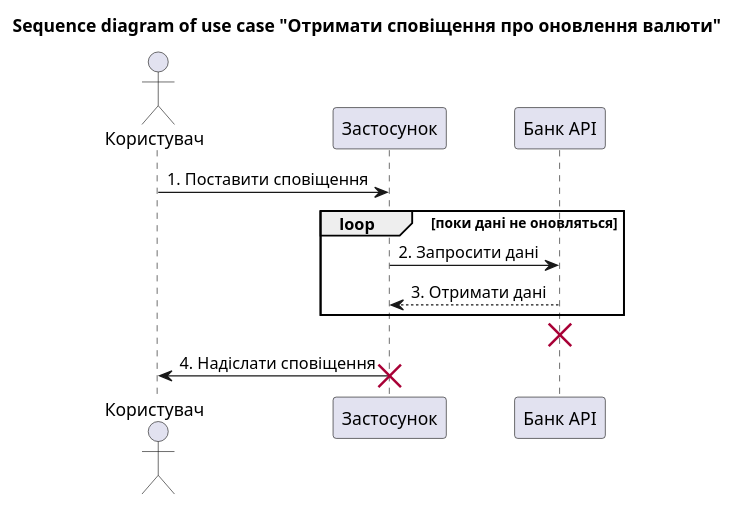
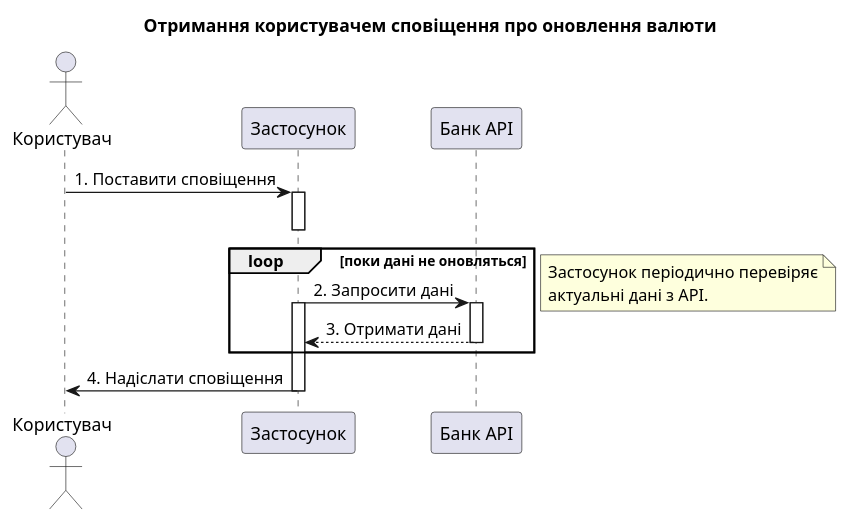
One commit to MihajloVat/KPI_labs_3_sem changed the diagram in lab3/UC_notify/notify_UC_SD.puml. Above: the diagram before and after it, drawn with PlantUML. The commit also changed 3 other files, not shown here.

```diff
--- a/lab3/UC_notify/notify_UC_SD.puml
+++ b/lab3/UC_notify/notify_UC_SD.puml
@@ -1,19 +1,31 @@
 @startuml
-title Sequence diagram of use case "Отримати сповіщення про оновлення валюти"
+title Отримання користувачем сповіщення про оновлення валюти
+
 
 actor Користувач as User
 participant "Застосунок" as App
 participant "Банк API" as API
 
 User -> App : 1. Поставити сповіщення
+activate App
+deactivate App
 
 loop поки дані не оновляться
-    App -> API : 2. Запросити дані
-    API --> App : 3. Отримати дані
+App -> API : 2. Запросити дані
+activate App
+activate API
+API --> App : 3. Отримати дані
+deactivate API
 end
-destroy API
+
+note right
+        Застосунок періодично перевіряє
+        актуальні дані з API.
+end note
+
+deactivate API
 
 App -> User : 4. Надіслати сповіщення
 
-destroy App
+deactivate App
 @enduml
```
